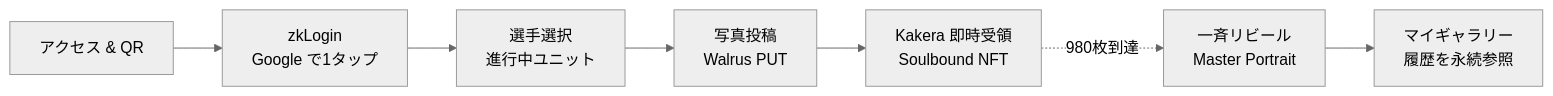
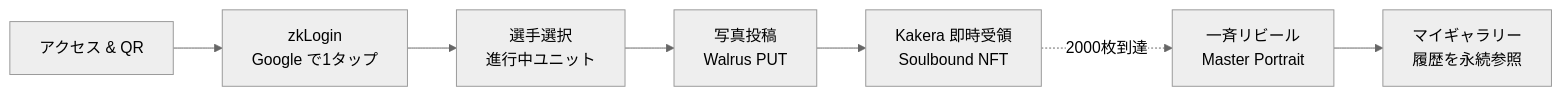
Before and after one commit to UnagiLabs/one_portrait: the diagram in README.md, drawn with Mermaid (neutral theme). The commit also changed other lines of this file and 12 other files, not shown here.

````diff
--- a/README.md
+++ b/README.md
@@ -57,9 +57,9 @@
 ```mermaid
 flowchart LR
     A[アクセス & QR] --> B[zkLogin<br/>Google で1タップ]
     B --> C[選手選択<br/>進行中ユニット]
     C --> D[写真投稿<br/>Walrus PUT]
     D --> E[Kakera 即時受領<br/>Soulbound NFT]
-    E -. 980枚到達 .-> F[一斉リビール<br/>Master Portrait]
+    E -. 2000枚到達 .-> F[一斉リビール<br/>Master Portrait]
     F --> G[マイギャラリー<br/>履歴を永続参照]
 ```
````
